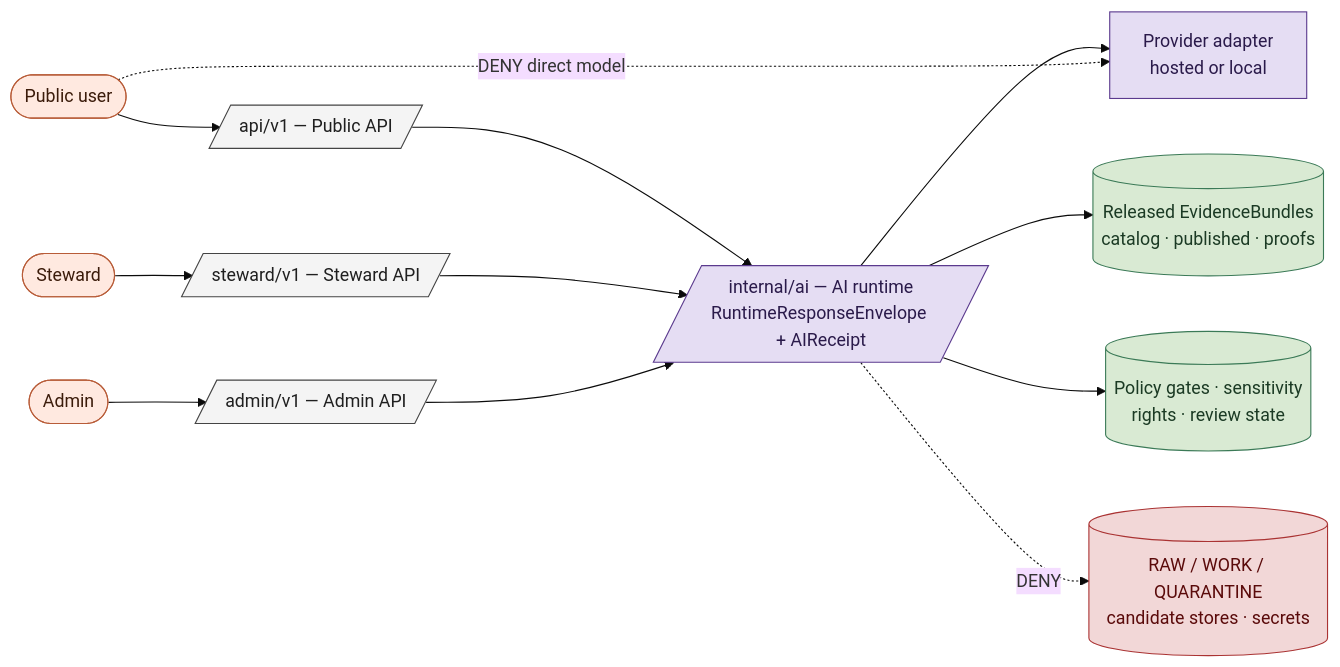
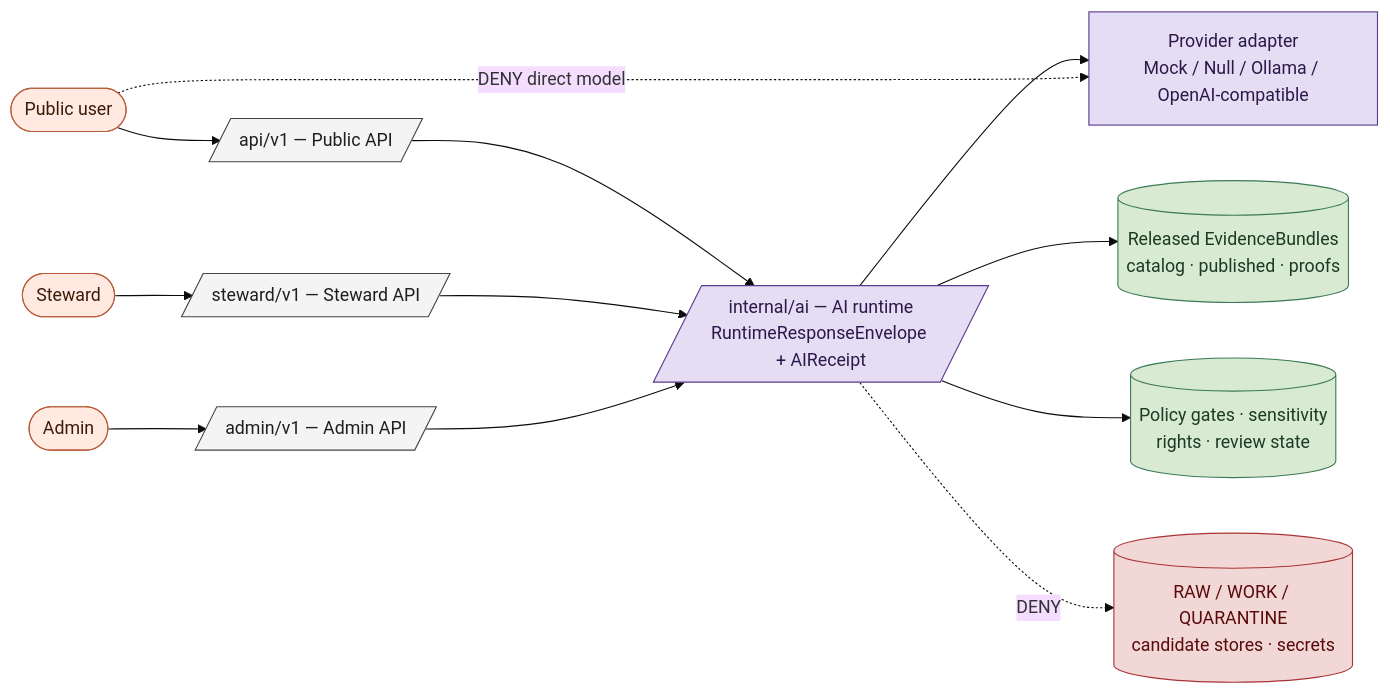
The first of 2 diagrams in docs/doctrine/ai-as-assistant.md (bartytime4life/Kansas-Frontier-Matrix), drawn with Mermaid (base theme) before and after one commit. The commit also changed other lines of this file, not shown here.

````diff
--- a/docs/doctrine/ai-as-assistant.md
+++ b/docs/doctrine/ai-as-assistant.md
@@ -105,39 +155,39 @@
 ```mermaid
 flowchart LR
   classDef public fill:#FFE9E0,stroke:#B85C38,color:#3B1B0A;
   classDef governed fill:#F4F4F4,stroke:#444,color:#1F1F1F;
   classDef trust fill:#D9EAD3,stroke:#3B7A57,color:#1B3A24;
   classDef ai fill:#E5DDF3,stroke:#5B3A8E,color:#2A1A4A;
   classDef denied fill:#F2D7D7,stroke:#A33,color:#5A0A0A;
 
   User([Public user]):::public
   Steward([Steward]):::public
   Admin([Admin]):::public
 
   PubAPI[/api/v1 — Public API/]:::governed
   StewAPI[/steward/v1 — Steward API/]:::governed
   AdmAPI[/admin/v1 — Admin API/]:::governed
 
   Runtime[/internal/ai — AI runtime\nRuntimeResponseEnvelope + AIReceipt/]:::ai
-  Adapter[Provider adapter\nhosted or local]:::ai
+  Adapter[Provider adapter\nMock / Null / Ollama / OpenAI-compatible]:::ai
 
   Evidence[(Released EvidenceBundles\ncatalog · published · proofs)]:::trust
   Policy[(Policy gates · sensitivity\nrights · review state)]:::trust
 
   Raw[(RAW / WORK / QUARANTINE\ncandidate stores · secrets)]:::denied
 
   User --> PubAPI
   Steward --> StewAPI
   Admin --> AdmAPI
 
   PubAPI --> Runtime
   StewAPI --> Runtime
   AdmAPI --> Runtime
 
   Runtime --> Adapter
   Runtime --> Evidence
   Runtime --> Policy
 
   Runtime -.DENY.-> Raw
   User -.DENY direct model.-> Adapter
 ```
````
